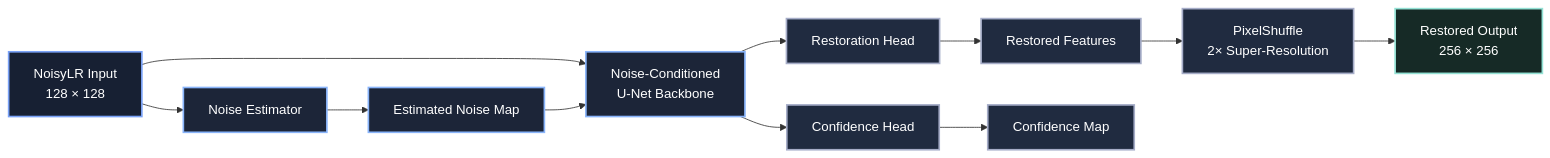
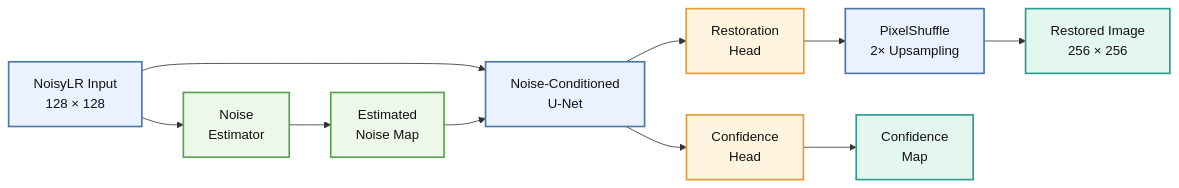
The diagram in README.md (Aaarshiya12/Arshiya_KLA_PS01), drawn with Mermaid before and after one commit. The commit also changed other lines of this file, not shown here.

````diff
--- a/README.md
+++ b/README.md
@@ -30,30 +34,29 @@
 ```mermaid
 flowchart LR
 
-    A["NoisyLR Input<br/>128 × 128"] --> B["Noise Estimator"]
+    A["NoisyLR Input<br/>128 × 128"] --> B["Noise<br/>Estimator"]
+    B --> C["Estimated<br/>Noise Map"]
 
-    B --> C["Estimated Noise Map"]
-
-    A --> D["Noise-Conditioned<br/>U-Net Backbone"]
+    A --> D["Noise-Conditioned<br/>U-Net"]
     C --> D
 
-    D --> E["Restoration Head"]
-    D --> F["Confidence Head"]
+    D --> E["Restoration<br/>Head"]
+    D --> F["Confidence<br/>Head"]
 
-    E --> G["Restored Features"]
-    F --> H["Confidence Map"]
+    E --> G["PixelShuffle<br/>2× Upsampling"]
+    G --> H["Restored Image<br/>256 × 256"]
 
-    G --> I["PixelShuffle<br/>2× Super-Resolution"]
+    F --> I["Confidence<br/>Map"]
 
-    I --> J["Restored Output<br/>256 × 256"]
-
-    classDef input fill:#172033,stroke:#7aa2f7,stroke-width:2px,color:#ffffff;
-    classDef processing fill:#1c2538,stroke:#89b4fa,stroke-width:2px,color:#ffffff;
-    classDef head fill:#202b40,stroke:#a6adc8,stroke-width:2px,color:#ffffff;
-    classDef output fill:#162a26,stroke:#94e2d5,stroke-width:2px,color:#ffffff;
+    classDef input fill:#eaf2ff,stroke:#4c78a8,stroke-width:2px,color:#111;
+    classDef noise fill:#edf7ea,stroke:#59a14f,stroke-width:2px,color:#111;
+    classDef network fill:#eaf2ff,stroke:#4c78a8,stroke-width:2px,color:#111;
+    classDef head fill:#fff4df,stroke:#e39c37,stroke-width:2px,color:#111;
+    classDef output fill:#e4f7ef,stroke:#2a9d8f,stroke-width:2px,color:#111;
 
     class A input;
-    class B,C,D processing;
-    class E,F,G,H,I head;
-    class J output;
+    class B,C noise;
+    class D,G network;
+    class E,F head;
+    class H,I output;
 ```
````
